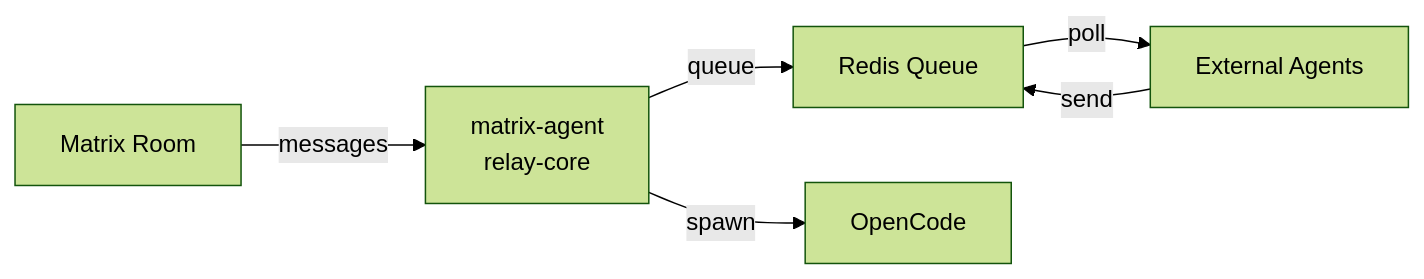
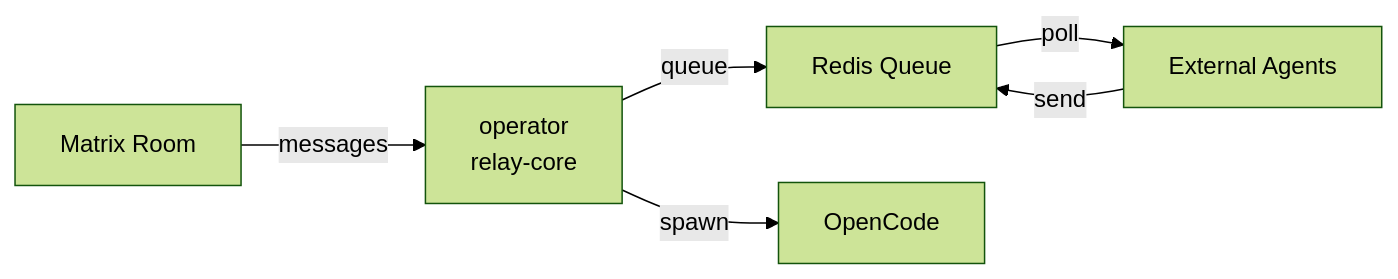
The diagram in README.md (AngeloR/operator), drawn with Mermaid (forest theme) before and after one commit. The commit also changed other lines of this file and 2 other files, not shown here.

Commit message:
feat: switch Matrix commands to !op prefix

````diff
--- a/README.md
+++ b/README.md
@@ -16,9 +16,9 @@
 ```mermaid
 flowchart LR
-    A[Matrix Room] -->|messages| B[matrix-agent<br/>relay-core]
+    A[Matrix Room] -->|messages| B[operator<br/>relay-core]
     B -->|queue| C[Redis Queue]
     B -->|spawn| D[OpenCode]
     
     C -->|poll| E[External Agents]
     E -->|send| C
 ```
````
